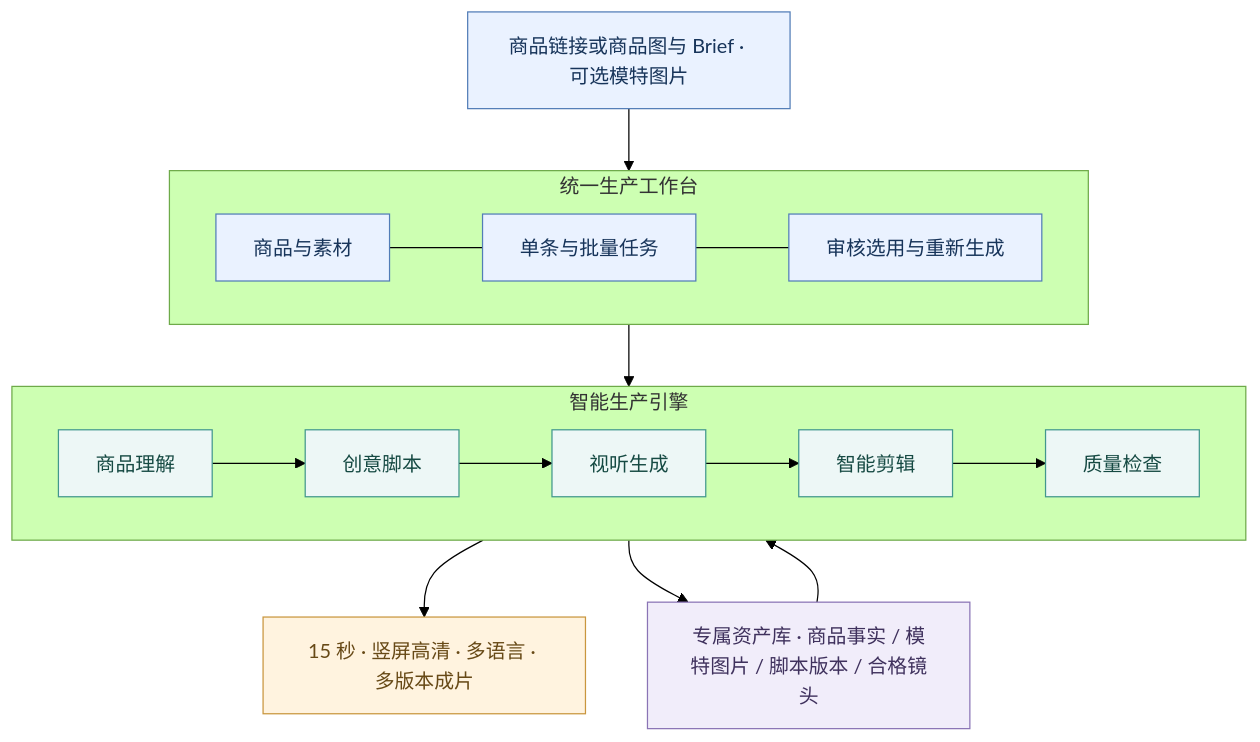
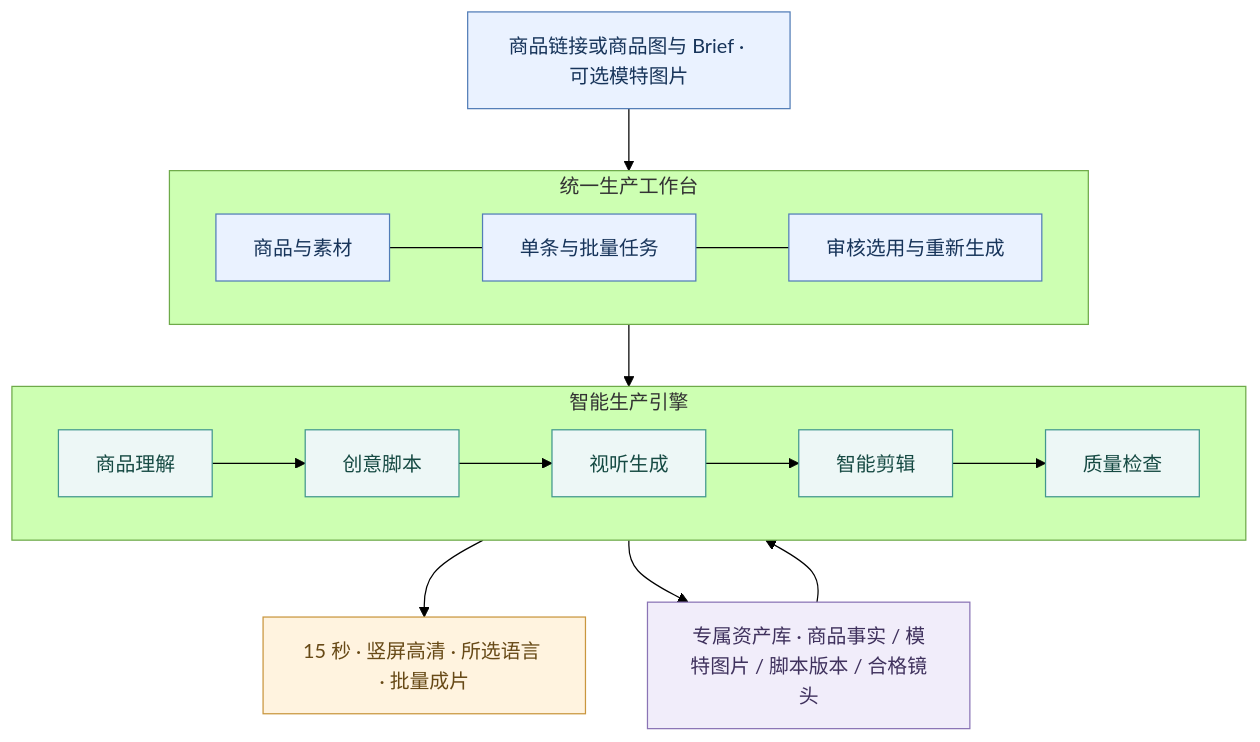
The first of 4 diagrams in # AI UGC 视频智能生产平台建设方案.md (UllrAI/VibeSKU-Clips), drawn with Mermaid (forest theme) before and after one commit. The commit also changed other lines of this file, not shown here.

````diff
--- a/# AI UGC 视频智能生产平台建设方案.md
+++ b/# AI UGC 视频智能生产平台建设方案.md
@@ -40,28 +40,28 @@
 ```mermaid
 flowchart TB
     A[商品链接或商品图与 Brief · 可选模特图片] --> B
     subgraph B[统一生产工作台]
         direction LR
         B1[商品与素材] --- B2[单条与批量任务] --- B3[审核选用与重新生成]
     end
     B --> C
     subgraph C[智能生产引擎]
         direction LR
         C1[商品理解] --> C2[创意脚本]
         C2 --> C3[视听生成]
         C3 --> C4[智能剪辑]
         C4 --> C5[质量检查]
     end
     D[专属资产库 · 商品事实 / 模特图片 / 脚本版本 / 合格镜头] --> C
-    C --> E[15 秒 · 竖屏高清 · 多语言 · 多版本成片]
+    C --> E[15 秒 · 竖屏高清 · 所选语言 · 批量成片]
     C --> D
 
     classDef input fill:#EAF2FF,stroke:#527DB7,color:#17345A;
     classDef engine fill:#EDF7F6,stroke:#42978D,color:#164A43;
     classDef asset fill:#F1EDFA,stroke:#8A74B5,color:#3F315D;
     classDef output fill:#FFF3DF,stroke:#C9963E,color:#674916;
     class A,B1,B2,B3 input;
     class C1,C2,C3,C4,C5 engine;
     class D asset;
     class E output;
 ```
````
